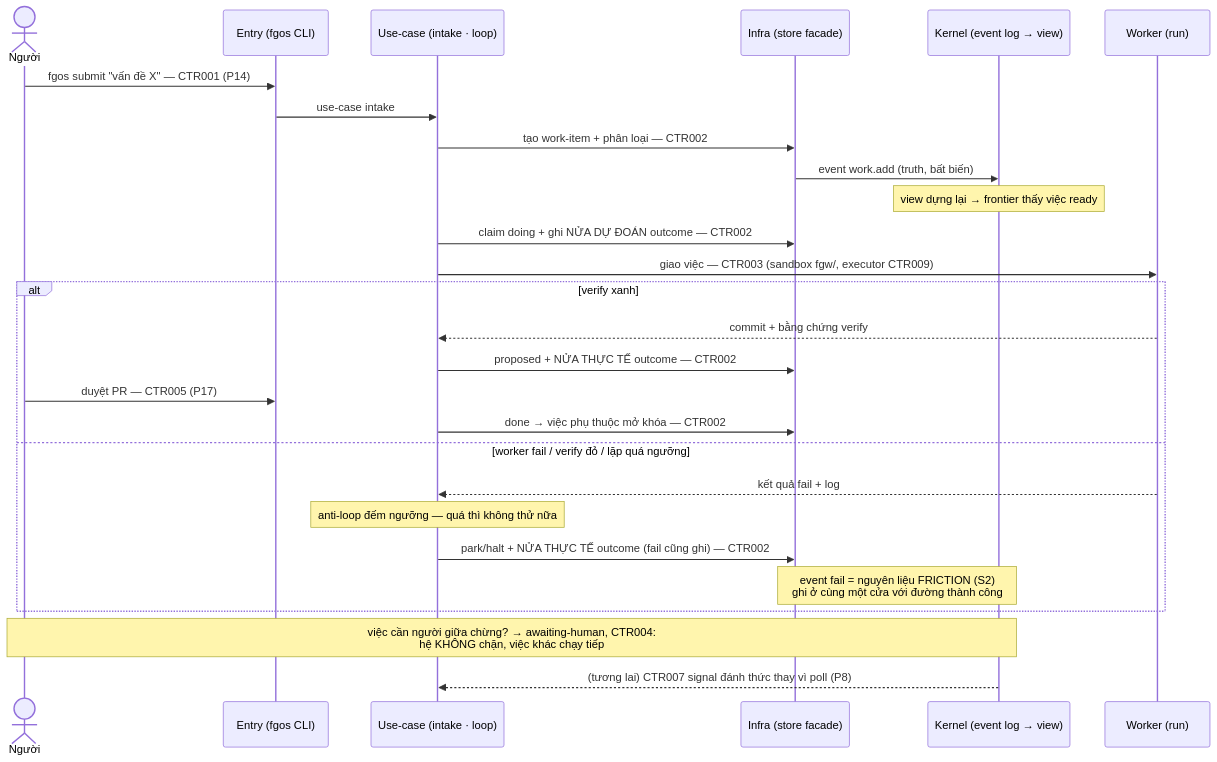
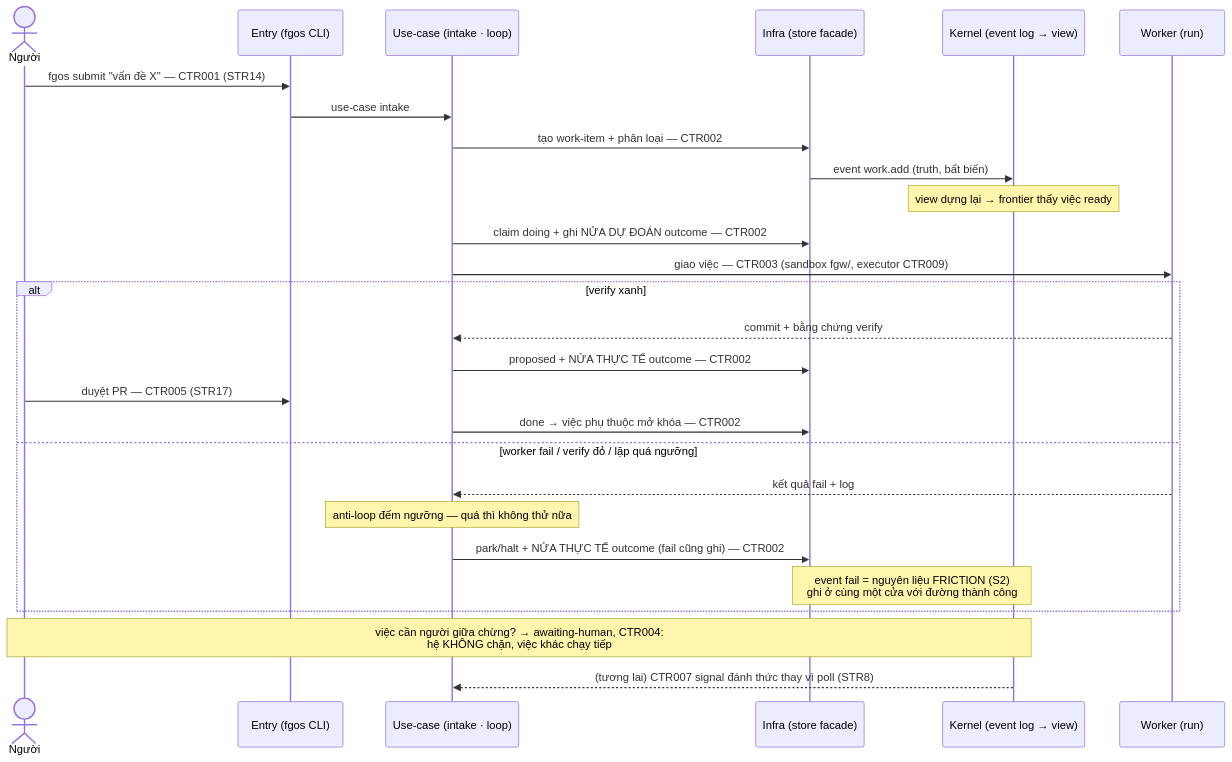
One commit to vantt/forgent changed the fifth of 5 diagrams in docs/architecture-map.md. Above: the diagram before and after it, drawn with Mermaid. The commit also changed other lines of this file and 9 other files, not shown here.

````diff
--- a/docs/architecture-map.md
+++ b/docs/architecture-map.md
@@ -391,30 +391,30 @@
 ```mermaid
 sequenceDiagram
     actor H as Người
     participant E as Entry (fgos CLI)
     participant U as Use-case (intake · loop)
     participant S as Infra (store facade)
     participant K as Kernel (event log → view)
     participant W as Worker (run)
 
-    H->>E: fgos submit "vấn đề X" — CTR001 (P14)
+    H->>E: fgos submit "vấn đề X" — CTR001 (STR14)
     E->>U: use-case intake
     U->>S: tạo work-item + phân loại — CTR002
     S->>K: event work.add (truth, bất biến)
     Note over K: view dựng lại → frontier thấy việc ready
     U->>S: claim doing + ghi NỬA DỰ ĐOÁN outcome — CTR002
     U->>W: giao việc — CTR003 (sandbox fgw/, executor CTR009)
     alt verify xanh
         W-->>U: commit + bằng chứng verify
         U->>S: proposed + NỬA THỰC TẾ outcome — CTR002
-        H->>E: duyệt PR — CTR005 (P17)
+        H->>E: duyệt PR — CTR005 (STR17)
         U->>S: done → việc phụ thuộc mở khóa — CTR002
     else worker fail / verify đỏ / lặp quá ngưỡng
         W-->>U: kết quả fail + log
         Note over U: anti-loop đếm ngưỡng — quá thì không thử nữa
         U->>S: park/halt + NỬA THỰC TẾ outcome (fail cũng ghi) — CTR002
         Note over S,K: event fail = nguyên liệu FRICTION (S2)<br/>ghi ở cùng một cửa với đường thành công
     end
     Note over H,K: việc cần người giữa chừng? → awaiting-human, CTR004:<br/>hệ KHÔNG chặn, việc khác chạy tiếp
-    K-->>U: (tương lai) CTR007 signal đánh thức thay vì poll (P8)
+    K-->>U: (tương lai) CTR007 signal đánh thức thay vì poll (STR8)
 ```
````
